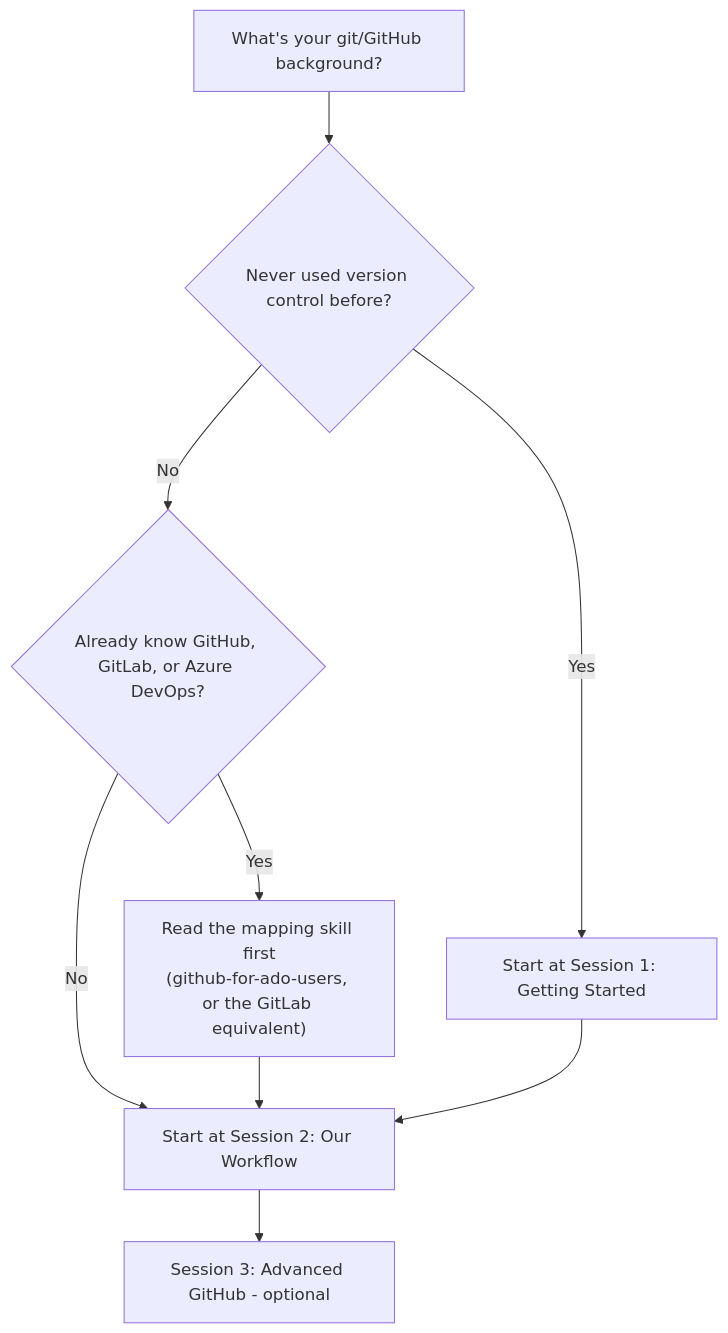
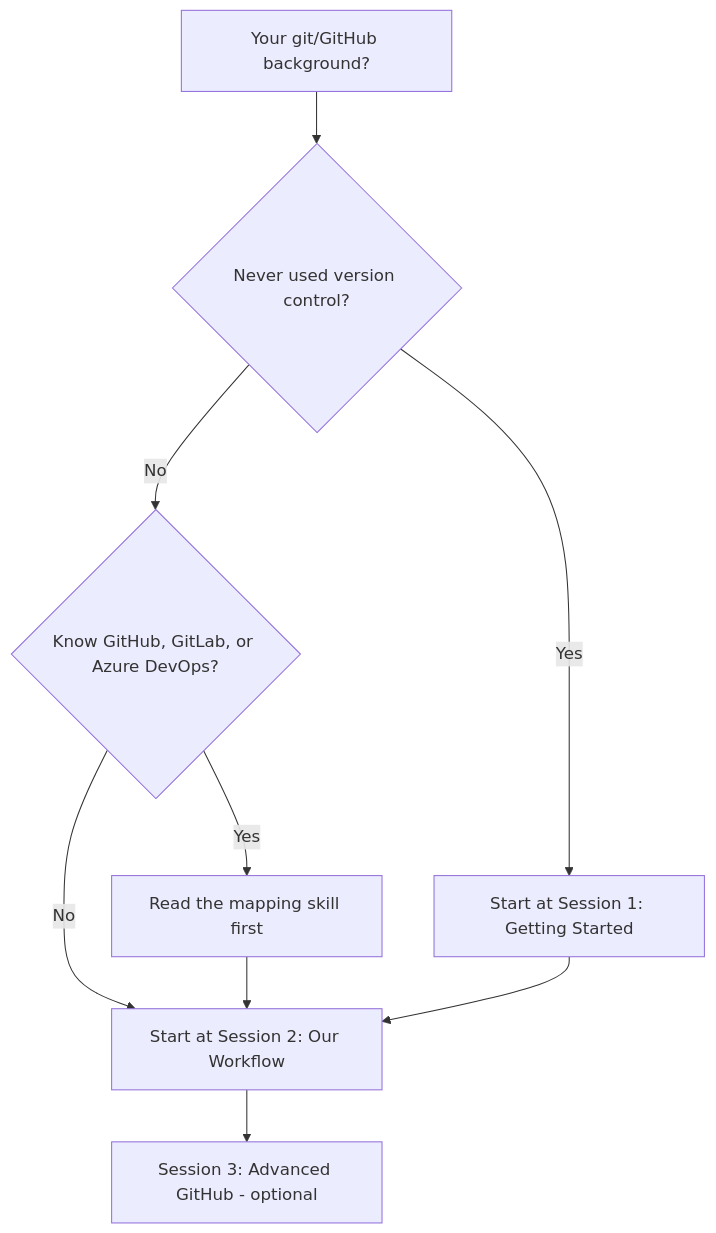
The first of 2 diagrams in education/README.md (JeanKadang/DOC-GitHub-Practice-Skills), drawn with Mermaid before and after one commit. The commit also changed other lines of this file and 2 other files, not shown here.

Commit message:
chore: add education/-specific markdownlint config, disabling MD013
MD013 (80-char line length) actively fights this content type: table
cells need real content, and Mermaid diagram node labels can't wrap by
syntax. Mirrors the existing skills/ carve-out (its own
.markdownlint-skills.jsonc) rather than hand-wrapping every line or
excluding education/ from linting altogether. MD060 (table pipe style)
stays enforced - it's free and doesn't compromise content.

Also fixes education/README.md's table separator row spacing
(MD060) and tightens the routing flowchart's node labels.

Refs #36

````diff
--- a/education/README.md
+++ b/education/README.md
@@ -17,11 +17,11 @@
 ```mermaid
 flowchart TD
-    Start[What's your git/GitHub background?] --> Q1{Never used version control before?}
+    Start[Your git/GitHub background?] --> Q1{Never used version control?}
     Q1 -- Yes --> S1[Start at Session 1: Getting Started]
-    Q1 -- No --> Q2{Already know GitHub, GitLab, or Azure DevOps?}
-    Q2 -- Yes --> Pre["Read the mapping skill first<br/>(github-for-ado-users, or the GitLab equivalent)"]
+    Q1 -- No --> Q2{Know GitHub, GitLab, or Azure DevOps?}
+    Q2 -- Yes --> Pre[Read the mapping skill first]
     Q2 -- No --> S2[Start at Session 2: Our Workflow]
     Pre --> S2
     S1 --> S2
     S2 --> S3[Session 3: Advanced GitHub - optional]
 ```
````
